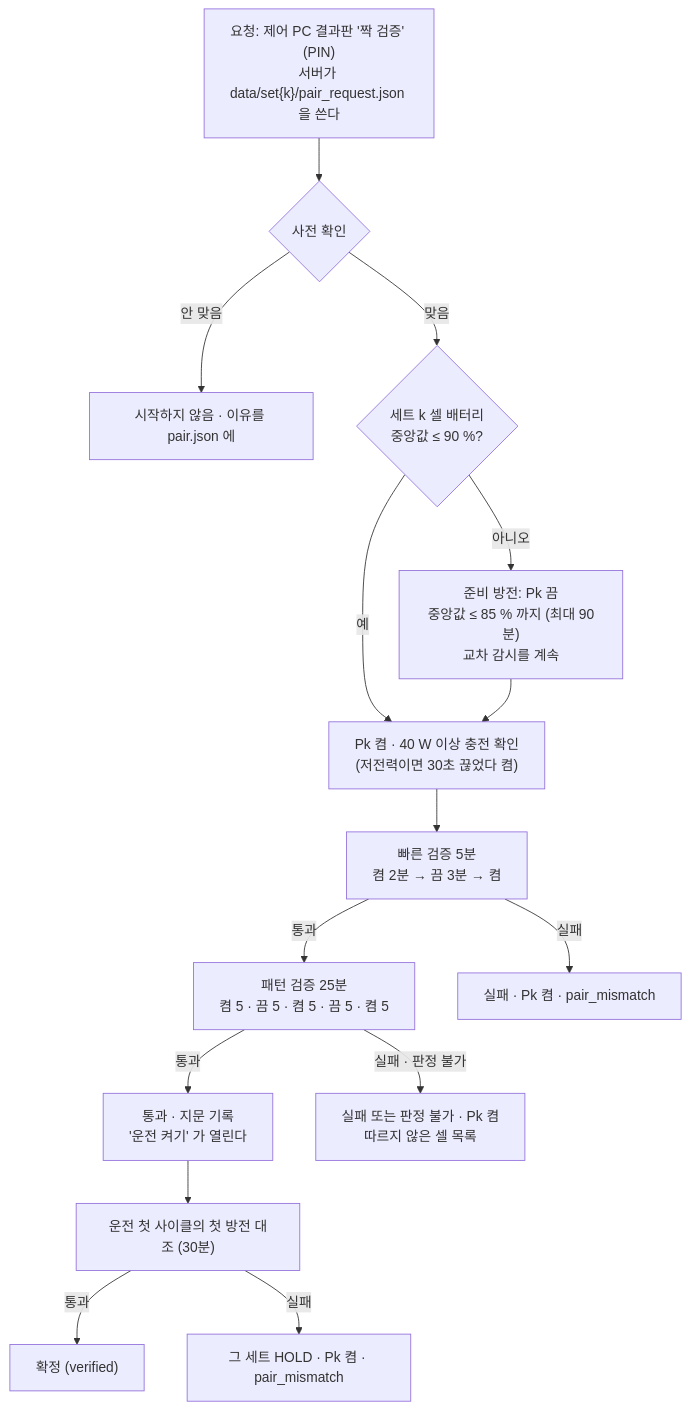
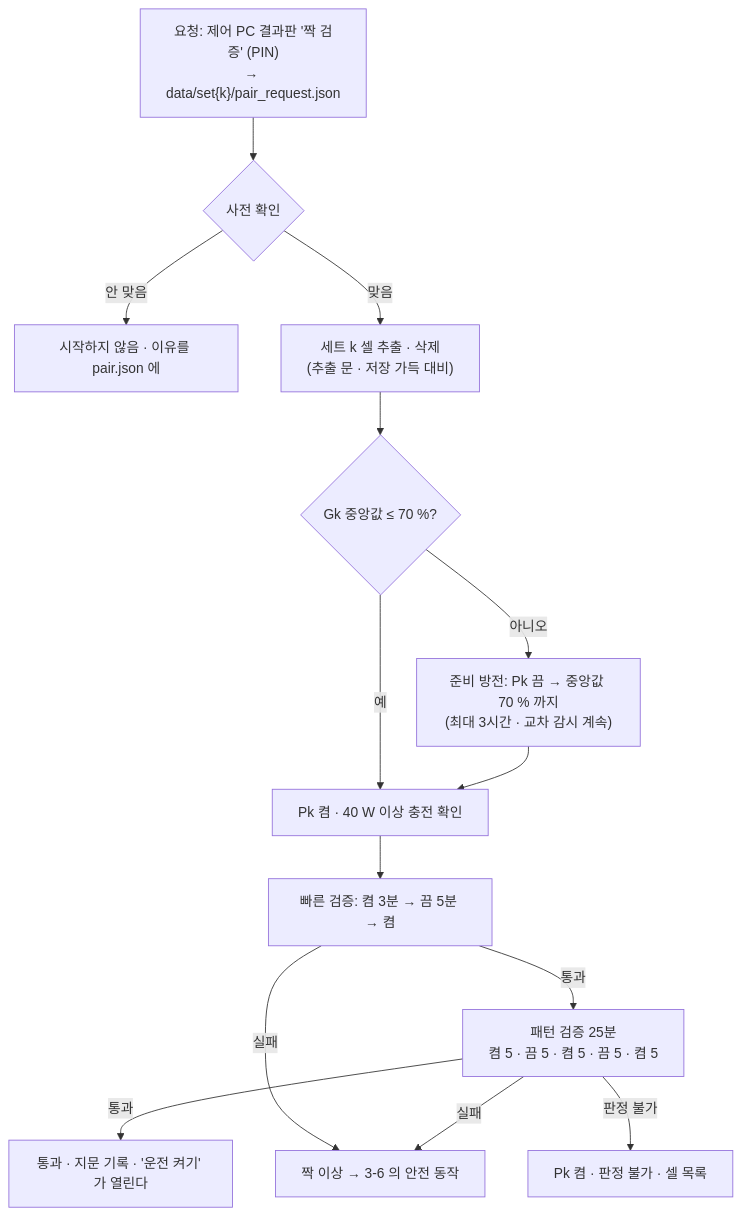
Before and after one commit to GeonwooKim-fitogether/QA-Automation-Test-Room: the sixth of 6 diagrams in cell-bench/docs/design/multi-set-plan.md, drawn with Mermaid. The commit also changed other lines of this file, not shown here.

````diff
--- a/cell-bench/docs/design/multi-set-plan.md
+++ b/cell-bench/docs/design/multi-set-plan.md
@@ -254,17 +268,16 @@
 ```mermaid
 flowchart TD
-  RQ["요청: 제어 PC 결과판 '짝 검증' (PIN)<br/>서버가 data/set{k}/pair_request.json 을 쓴다"] --> PRE{"사전 확인"}
+  RQ["요청: 제어 PC 결과판 '짝 검증' (PIN)<br/>→ data/set{k}/pair_request.json"] --> PRE{"사전 확인"}
   PRE -- "안 맞음" --> NO["시작하지 않음 · 이유를 pair.json 에"]
-  PRE -- "맞음" --> SOC{"세트 k 셀 배터리<br/>중앙값 ≤ 90 %?"}
-  SOC -- "아니오" --> PREP["준비 방전: Pk 끔<br/>중앙값 ≤ 85 % 까지 (최대 90분)<br/>교차 감시를 계속"]
+  PRE -- "맞음" --> EXT["세트 k 셀 추출 · 삭제<br/>(추출 문 · 저장 가득 대비)"]
+  EXT --> SOC{"Gk 중앙값 ≤ 70 %?"}
+  SOC -- "아니오" --> PREP["준비 방전: Pk 끔 → 중앙값 70 % 까지<br/>(최대 3시간 · 교차 감시 계속)"]
   SOC -- "예" --> CHG
-  PREP --> CHG["Pk 켬 · 40 W 이상 충전 확인<br/>(저전력이면 30초 끊었다 켬)"]
-  CHG --> QK["빠른 검증 5분<br/>켬 2분 → 끔 3분 → 켬"]
+  PREP --> CHG["Pk 켬 · 40 W 이상 충전 확인"]
+  CHG --> QK["빠른 검증: 켬 3분 → 끔 5분 → 켬"]
   QK -- "통과" --> PT["패턴 검증 25분<br/>켬 5 · 끔 5 · 켬 5 · 끔 5 · 켬 5"]
-  QK -- "실패" --> FL["실패 · Pk 켬 · pair_mismatch"]
-  PT -- "통과" --> OK["통과 · 지문 기록<br/>'운전 켜기' 가 열린다"]
-  PT -- "실패 · 판정 불가" --> FL2["실패 또는 판정 불가 · Pk 켬<br/>따르지 않은 셀 목록"]
-  OK --> FD["운전 첫 사이클의 첫 방전 대조 (30분)"]
-  FD -- "통과" --> DONE["확정 (verified)"]
-  FD -- "실패" --> HOLD["그 세트 HOLD · Pk 켬 · pair_mismatch"]
+  QK -- "실패" --> FL["짝 이상 → 3-6 의 안전 동작"]
+  PT -- "통과" --> OK["통과 · 지문 기록 · '운전 켜기' 가 열린다"]
+  PT -- "실패" --> FL
+  PT -- "판정 불가" --> FL2["Pk 켬 · 판정 불가 · 셀 목록"]
 ```
````
